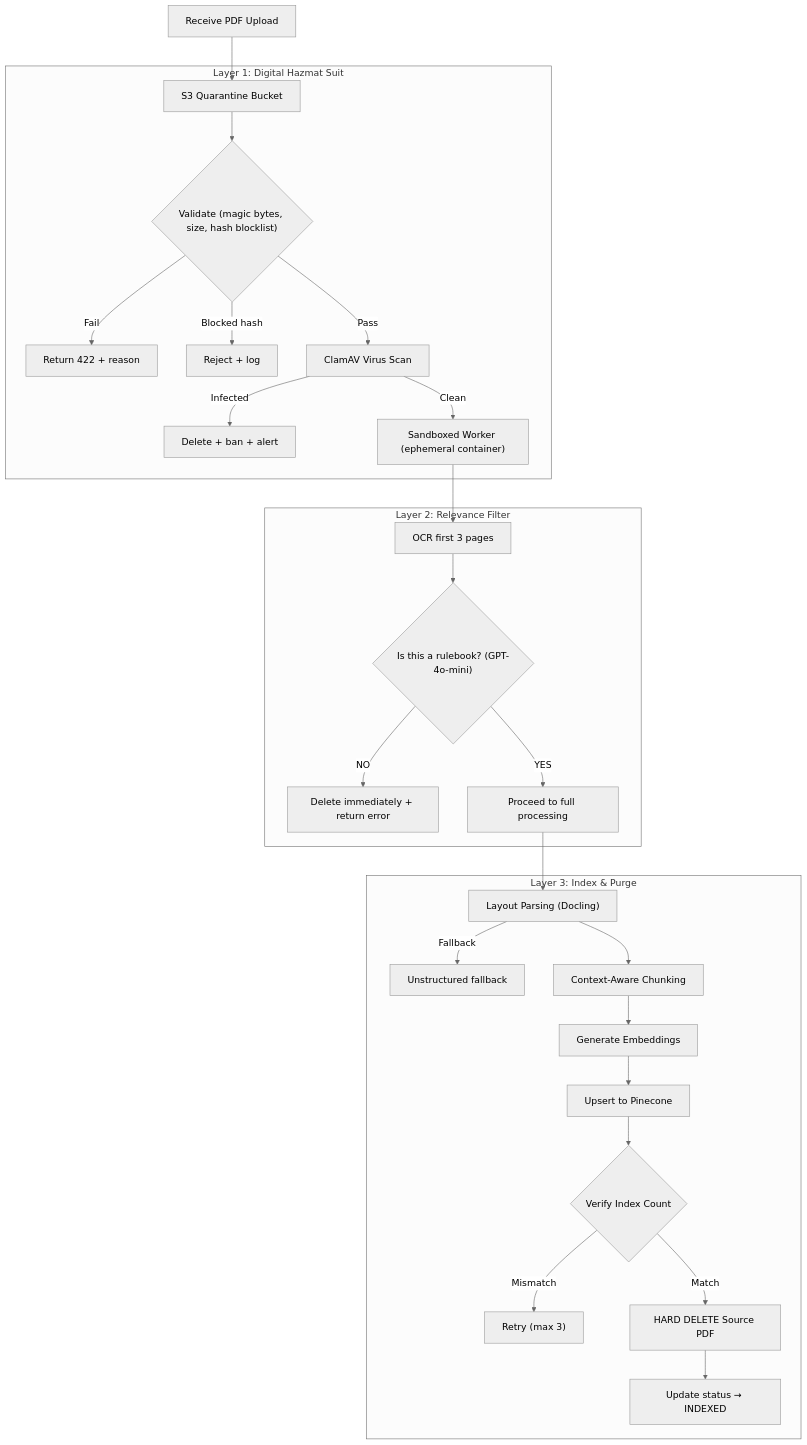
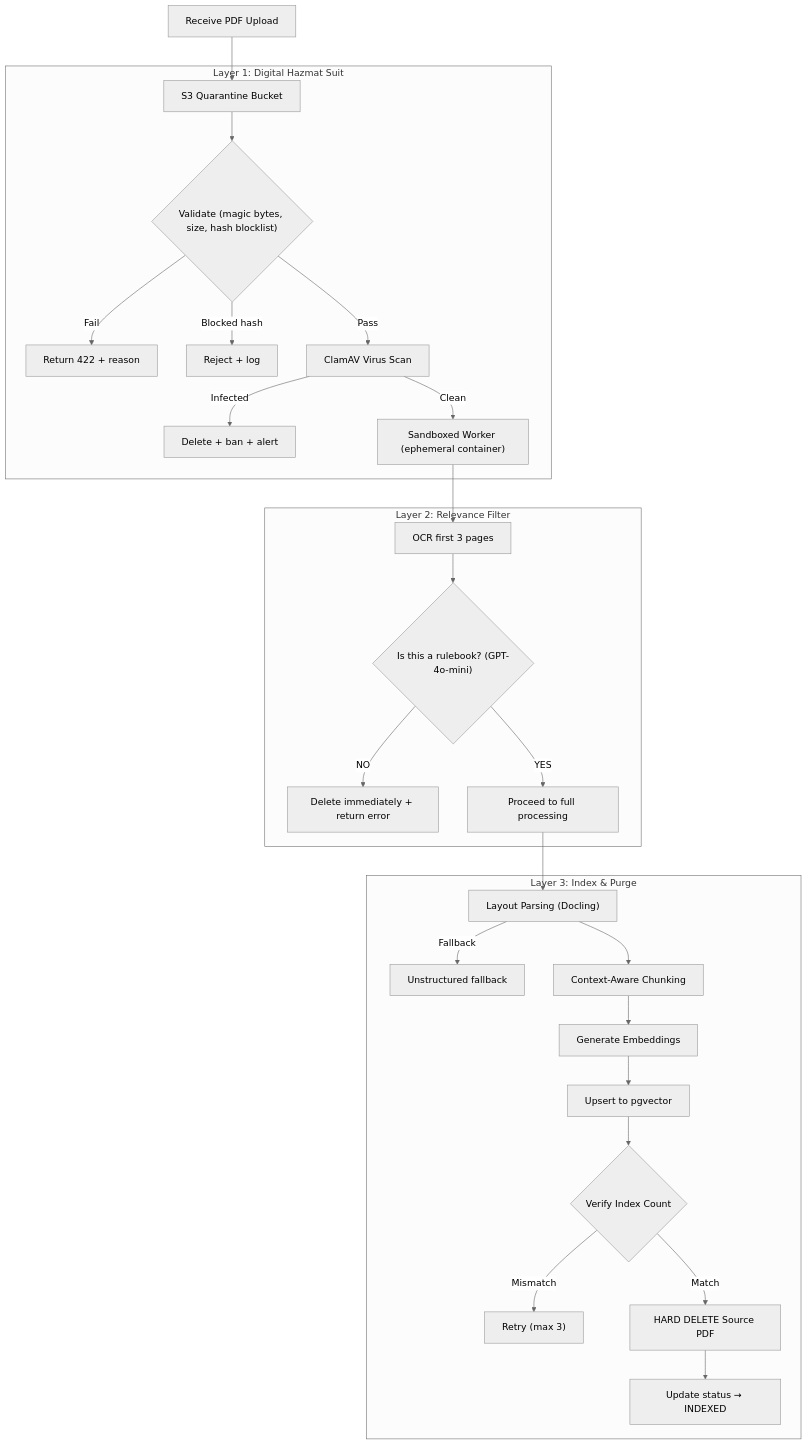
The second of 5 diagrams in plan.md (gndumbri/arbiter-ai), drawn with Mermaid (neutral theme) before and after one commit. The commit also changed other lines of this file and 68 other files, not shown here.

````diff
--- a/plan.md
+++ b/plan.md
@@ -235,32 +237,32 @@
 ```mermaid
 flowchart TD
     A["Receive PDF Upload"] --> Q["S3 Quarantine Bucket"]
 
     subgraph "Layer 1: Digital Hazmat Suit"
         Q --> V{"Validate (magic bytes, size, hash blocklist)"}
         V -->|Fail| V1["Return 422 + reason"]
         V -->|Blocked hash| V2["Reject + log"]
         V -->|Pass| C["ClamAV Virus Scan"]
         C -->|Infected| C1["Delete + ban + alert"]
         C -->|Clean| S["Sandboxed Worker (ephemeral container)"]
     end
 
     subgraph "Layer 2: Relevance Filter"
         S --> OCR["OCR first 3 pages"]
         OCR --> LLM{"Is this a rulebook? (GPT-4o-mini)"}
         LLM -->|NO| D1["Delete immediately + return error"]
         LLM -->|YES| P["Proceed to full processing"]
     end
 
     subgraph "Layer 3: Index & Purge"
         P --> E["Layout Parsing (Docling)"]
         E -->|Fallback| E2["Unstructured fallback"]
         E --> F["Context-Aware Chunking"]
         F --> G["Generate Embeddings"]
-        G --> H["Upsert to Pinecone"]
+        G --> H["Upsert to pgvector"]
         H --> I{"Verify Index Count"}
         I -->|Mismatch| I1["Retry (max 3)"]
         I -->|Match| J["HARD DELETE Source PDF"]
         J --> K["Update status → INDEXED"]
     end
 ```
````
